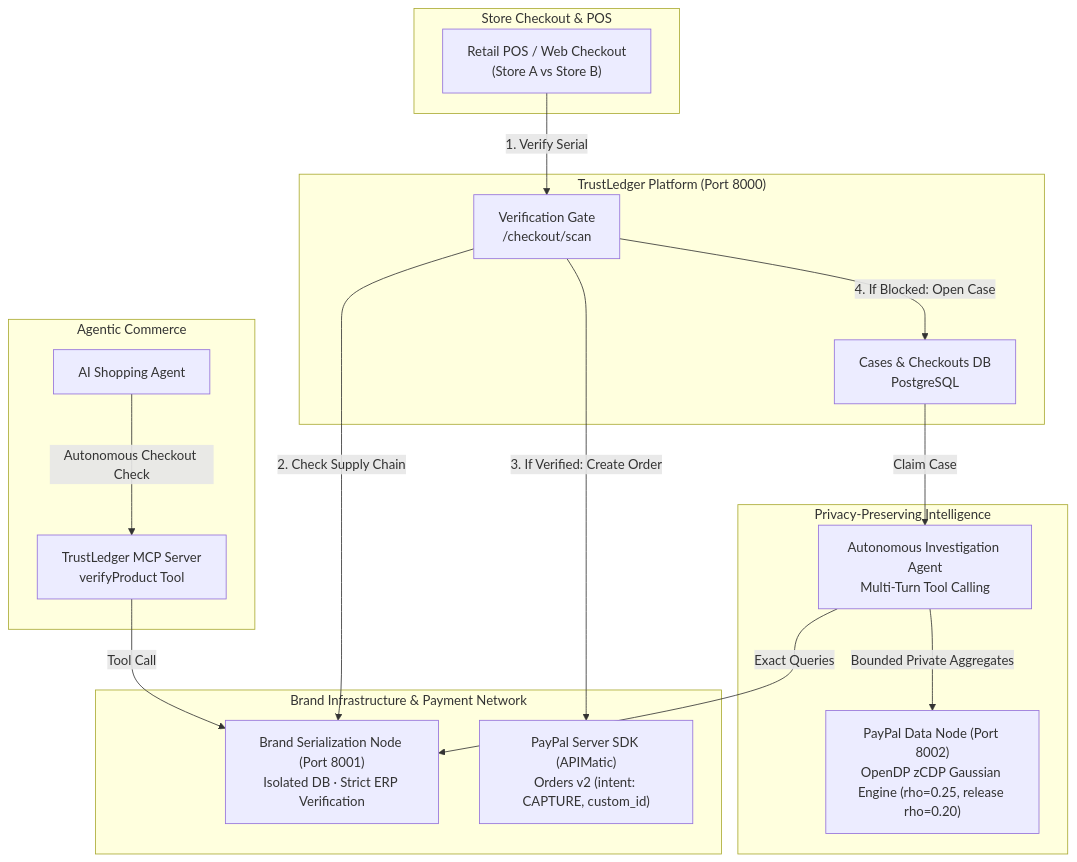
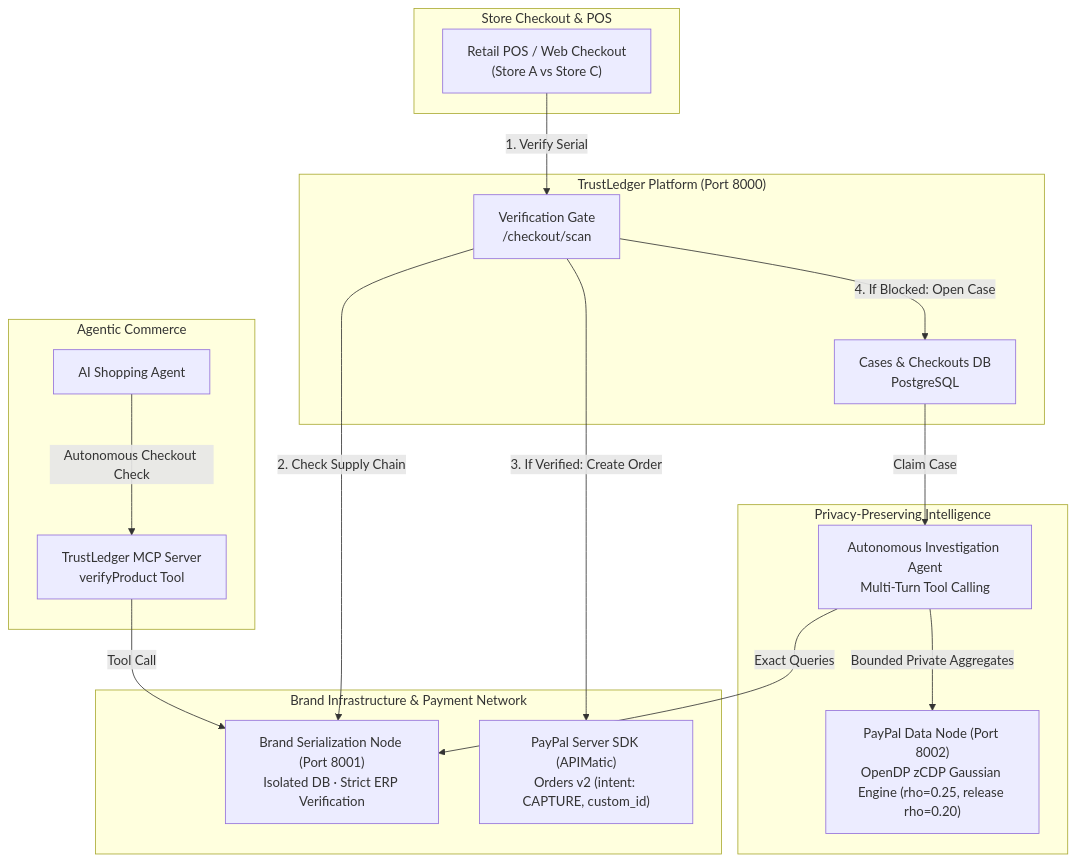
One commit to ParthSinha9498/trustledger changed the diagram in README.md. Above: the diagram before and after it, drawn with Mermaid. The commit also changed other lines of this file, not shown here.

Commit message:
README: blocked demo store is Store C, sandbox buyer login for judges, sponsor lines without unbacked claims

````diff
--- a/README.md
+++ b/README.md
@@ -67,38 +67,38 @@
 ```mermaid
 flowchart TD
     subgraph POS["Store Checkout & POS"]
-        Store["Retail POS / Web Checkout<br/>(Store A vs Store B)"]
+        Store["Retail POS / Web Checkout<br/>(Store A vs Store C)"]
     end
 
     subgraph Platform["TrustLedger Platform (Port 8000)"]
         Gate["Verification Gate<br/>/checkout/scan"]
         CaseDB["Cases & Checkouts DB<br/>PostgreSQL"]
     end
 
     subgraph External["Brand Infrastructure & Payment Network"]
         BrandNode["Brand Serialization Node (Port 8001)<br/>Isolated DB · Strict ERP Verification"]
         PayPalSDK["PayPal Server SDK (APIMatic)<br/>Orders v2 (intent: CAPTURE, custom_id)"]
     end
 
     subgraph Intelligence["Privacy-Preserving Intelligence"]
         Worker["Autonomous Investigation Agent<br/>Multi-Turn Tool Calling"]
         DPNode["PayPal Data Node (Port 8002)<br/>OpenDP zCDP Gaussian Engine (rho=0.25, release rho=0.20)"]
     end
 
     subgraph Agentic["Agentic Commerce"]
         Agent["AI Shopping Agent"]
         MCPServer["TrustLedger MCP Server<br/>verifyProduct Tool"]
     end
 
     Store -->|1. Verify Serial| Gate
     Gate -->|2. Check Supply Chain| BrandNode
     Gate -->|3. If Verified: Create Order| PayPalSDK
     Gate -->|4. If Blocked: Open Case| CaseDB
 
     CaseDB -->|Claim Case| Worker
     Worker -->|Exact Queries| BrandNode
     Worker -->|Bounded Private Aggregates| DPNode
 
     Agent -->|Autonomous Checkout Check| MCPServer
     MCPServer -->|Tool Call| BrandNode
 ```
````
